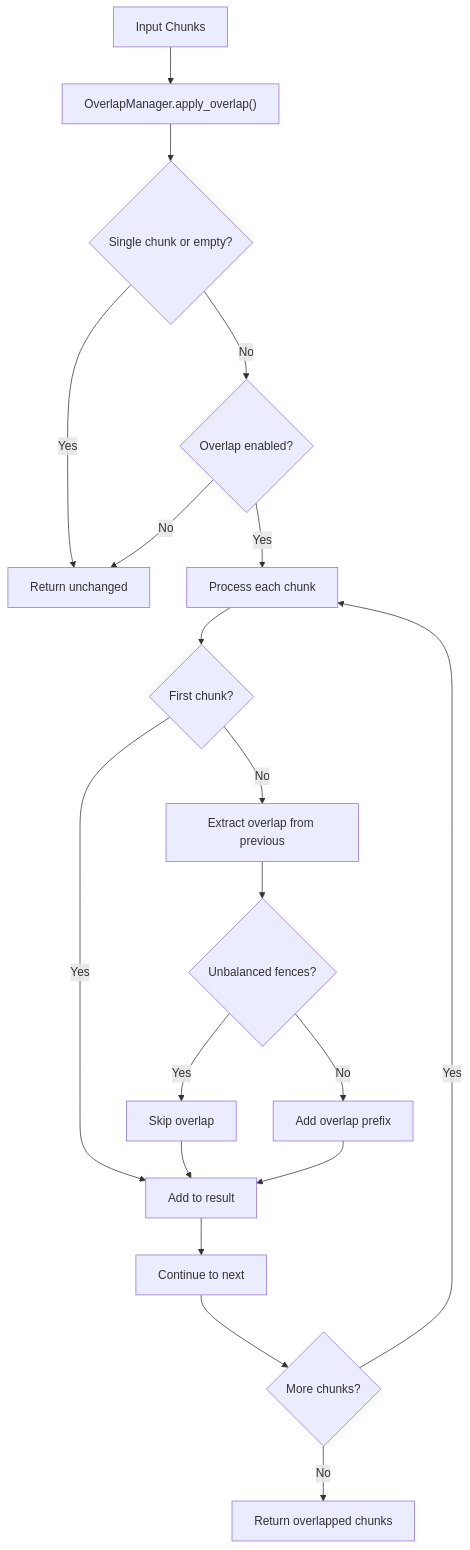
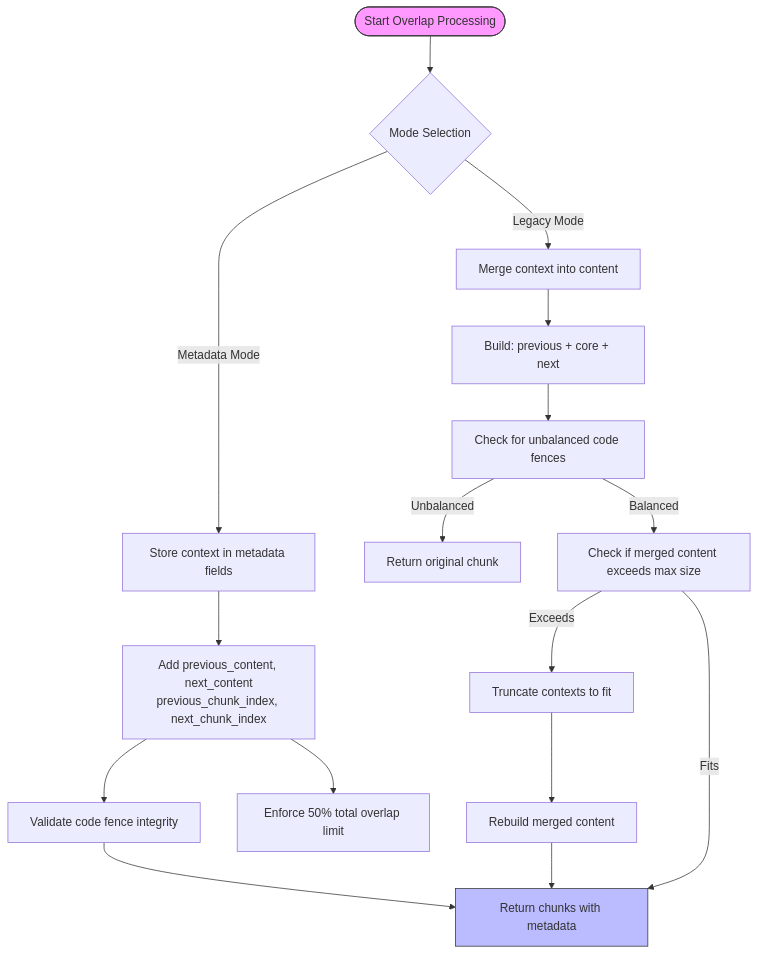
The second of 6 diagrams in .qoder/repowiki/en/content/Advanced Features/Overlap Management.md (asukhodko/dify-markdown-chunker), drawn with Mermaid before and after one commit. The commit also changed other lines of this file and 205 other files, not shown here.

````diff
--- a/.qoder/repowiki/en/content/Advanced Features/Overlap Management.md
+++ b/.qoder/repowiki/en/content/Advanced Features/Overlap Management.md
@@ -36,21 +95,20 @@
 ```mermaid
 flowchart TD
-A["Input Chunks"] --> B["OverlapManager.apply_overlap()"]
-B --> C{"Single chunk or empty?"}
-C --> |Yes| D["Return unchanged"]
-C --> |No| E{"Overlap enabled?"}
-E --> |No| D
-E --> |Yes| F["Process each chunk"]
-F --> G{"First chunk?"}
-G --> |Yes| H["Add to result"]
-G --> |No| I["Extract overlap from previous"]
-I --> J{"Unbalanced fences?"}
-J --> |Yes| K["Skip overlap"]
-J --> |No| L["Add overlap prefix"]
-K --> H
-L --> H
-H --> M["Continue to next"]
-M --> N{"More chunks?"}
-N --> |Yes| F
-N --> |No| O["Return overlapped chunks"]
+Start([Start Overlap Processing]) --> CheckMode{"Mode Selection"}
+CheckMode --> |Metadata Mode| StoreMetadata["Store context in metadata fields"]
+CheckMode --> |Legacy Mode| MergeContent["Merge context into content"]
+StoreMetadata --> AddFields["Add previous_content, next_content<br/>previous_chunk_index, next_chunk_index"]
+AddFields --> ValidateIntegrity["Validate code fence integrity"]
+AddFields --> EnforceSize["Enforce 50% total overlap limit"]
+ValidateIntegrity --> ReturnChunks["Return chunks with metadata"]
+MergeContent --> BuildContent["Build: previous + core + next"]
+BuildContent --> CheckFences["Check for unbalanced code fences"]
+CheckFences --> |Unbalanced| ReturnOriginal["Return original chunk"]
+CheckFences --> |Balanced| CheckSize["Check if merged content exceeds max size"]
+CheckSize --> |Exceeds| Truncate["Truncate contexts to fit"]
+Truncate --> Rebuild["Rebuild merged content"]
+Rebuild --> ReturnChunks
+CheckSize --> |Fits| ReturnChunks
+style Start fill:#f9f,stroke:#333
+style ReturnChunks fill:#bbf,stroke:#333
 ```
````
